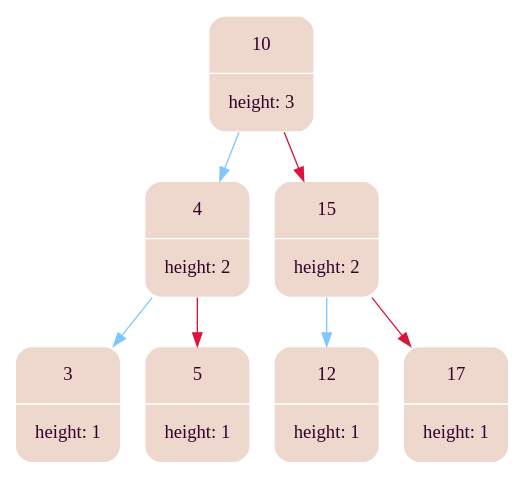
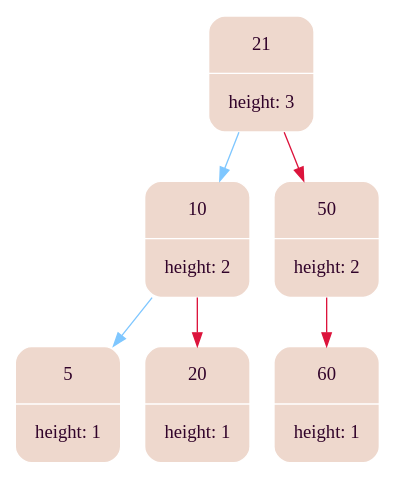
One commit to MaxGroshev/matrix changed the diagram in graph_lib/tree_dump.dot. Above: the diagram before and after it, drawn with Graphviz. The commit also changed 14 other files, not shown here.

```diff
--- a/graph_lib/tree_dump.dot
+++ b/graph_lib/tree_dump.dot
@@ -1,19 +1,17 @@
 digraph   
 {
 rankdir = ""
 splines = "true"
 
-node0x559d6b22d2b0 [shape      = "Mrecord", width = 1.1, height = 1.21,  fillcolor   = "#eed8cd", style = "filled", fontcolor= " #31032A", fontname = "Calibri", color = "white", label = "{10| height: 3}"]
-node0x559d6b22d2b0 -> node0x559d6b22d7b0 [color = "#7FC7FF", style = "", constraint = true, fillcolor = "#7FC7FF",   fontcolor = "", fontname = "Calibri", label = ""];
-node0x559d6b22d7b0 [shape      = "Mrecord", width = 1.1, height = 1.21,  fillcolor   = "#eed8cd", style = "filled", fontcolor= " #31032A", fontname = "Calibri", color = "white", label = "{4| height: 2}"]
-node0x559d6b22d7b0 -> node0x559d6b22d7e0 [color = "#7FC7FF", style = "", constraint = true, fillcolor = "#7FC7FF",   fontcolor = "", fontname = "Calibri", label = ""];
-node0x559d6b22d7e0 [shape      = "Mrecord", width = 1.1, height = 1.21,  fillcolor   = "#eed8cd", style = "filled", fontcolor= " #31032A", fontname = "Calibri", color = "white", label = "{3| height: 1}"]
-node0x559d6b22d7b0 -> node0x559d6b22d6f0 [color = "#DC143C", style = "", constraint = true, fillcolor = "#DC143C",   fontcolor = "", fontname = "Calibri", label = ""];
-node0x559d6b22d6f0 [shape      = "Mrecord", width = 1.1, height = 1.21,  fillcolor   = "#eed8cd", style = "filled", fontcolor= " #31032A", fontname = "Calibri", color = "white", label = "{5| height: 1}"]
-node0x559d6b22d2b0 -> node0x559d6b22d750 [color = "#DC143C", style = "", constraint = true, fillcolor = "#DC143C",   fontcolor = "", fontname = "Calibri", label = ""];
-node0x559d6b22d750 [shape      = "Mrecord", width = 1.1, height = 1.21,  fillcolor   = "#eed8cd", style = "filled", fontcolor= " #31032A", fontname = "Calibri", color = "white", label = "{15| height: 2}"]
-node0x559d6b22d750 -> node0x559d6b22d720 [color = "#7FC7FF", style = "", constraint = true, fillcolor = "#7FC7FF",   fontcolor = "", fontname = "Calibri", label = ""];
-node0x559d6b22d720 [shape      = "Mrecord", width = 1.1, height = 1.21,  fillcolor   = "#eed8cd", style = "filled", fontcolor= " #31032A", fontname = "Calibri", color = "white", label = "{12| height: 1}"]
-node0x559d6b22d750 -> node0x559d6b22d780 [color = "#DC143C", style = "", constraint = true, fillcolor = "#DC143C",   fontcolor = "", fontname = "Calibri", label = ""];
-node0x559d6b22d780 [shape      = "Mrecord", width = 1.1, height = 1.21,  fillcolor   = "#eed8cd", style = "filled", fontcolor= " #31032A", fontname = "Calibri", color = "white", label = "{17| height: 1}"]
+node0x6030000000d0 [shape      = "Mrecord", width = 1.1, height = 1.21,  fillcolor   = "#eed8cd", style = "filled", fontcolor= " #31032A", fontname = "Calibri", color = "white", label = "{21| height: 3}"]
+node0x6030000000d0 -> node0x603000000040 [color = "#7FC7FF", style = "", constraint = true, fillcolor = "#7FC7FF",   fontcolor = "", fontname = "Calibri", label = ""];
+node0x603000000040 [shape      = "Mrecord", width = 1.1, height = 1.21,  fillcolor   = "#eed8cd", style = "filled", fontcolor= " #31032A", fontname = "Calibri", color = "white", label = "{10| height: 2}"]
+node0x603000000040 -> node0x603000000070 [color = "#7FC7FF", style = "", constraint = true, fillcolor = "#7FC7FF",   fontcolor = "", fontname = "Calibri", label = ""];
+node0x603000000070 [shape      = "Mrecord", width = 1.1, height = 1.21,  fillcolor   = "#eed8cd", style = "filled", fontcolor= " #31032A", fontname = "Calibri", color = "white", label = "{5| height: 1}"]
+node0x603000000040 -> node0x6030000000a0 [color = "#DC143C", style = "", constraint = true, fillcolor = "#DC143C",   fontcolor = "", fontname = "Calibri", label = ""];
+node0x6030000000a0 [shape      = "Mrecord", width = 1.1, height = 1.21,  fillcolor   = "#eed8cd", style = "filled", fontcolor= " #31032A", fontname = "Calibri", color = "white", label = "{20| height: 1}"]
+node0x6030000000d0 -> node0x603000000100 [color = "#DC143C", style = "", constraint = true, fillcolor = "#DC143C",   fontcolor = "", fontname = "Calibri", label = ""];
+node0x603000000100 [shape      = "Mrecord", width = 1.1, height = 1.21,  fillcolor   = "#eed8cd", style = "filled", fontcolor= " #31032A", fontname = "Calibri", color = "white", label = "{50| height: 2}"]
+node0x603000000100 -> node0x603000000130 [color = "#DC143C", style = "", constraint = true, fillcolor = "#DC143C",   fontcolor = "", fontname = "Calibri", label = ""];
+node0x603000000130 [shape      = "Mrecord", width = 1.1, height = 1.21,  fillcolor   = "#eed8cd", style = "filled", fontcolor= " #31032A", fontname = "Calibri", color = "white", label = "{60| height: 1}"]
 }
```
